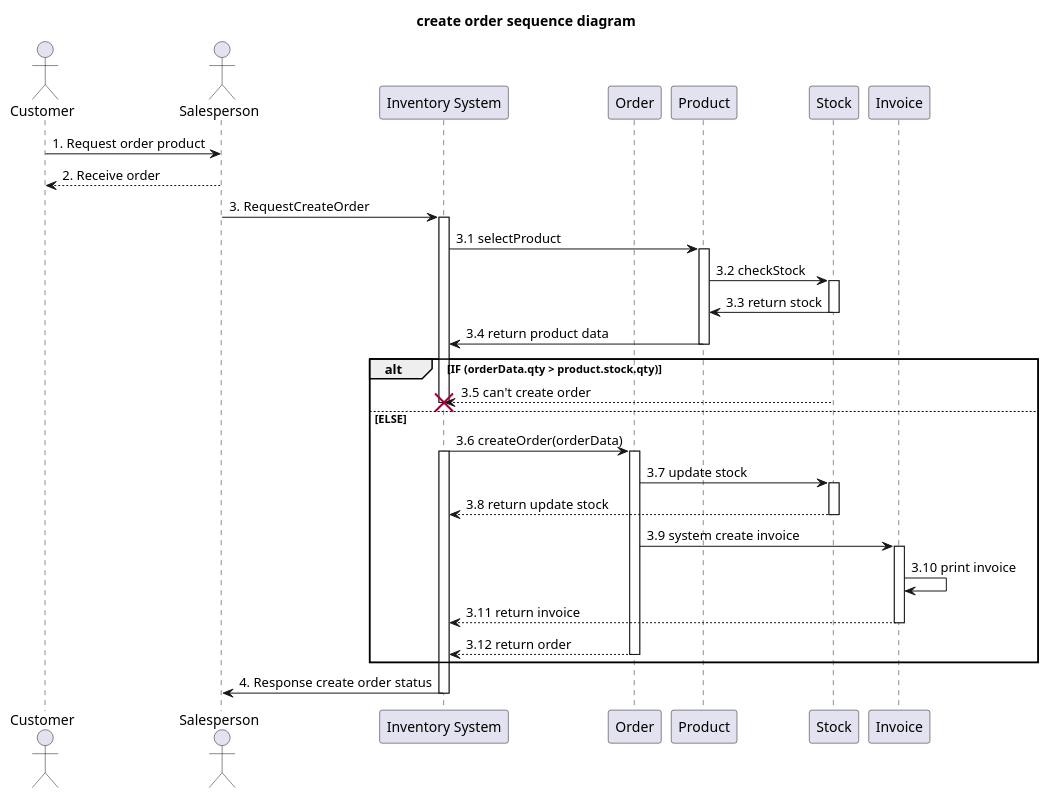
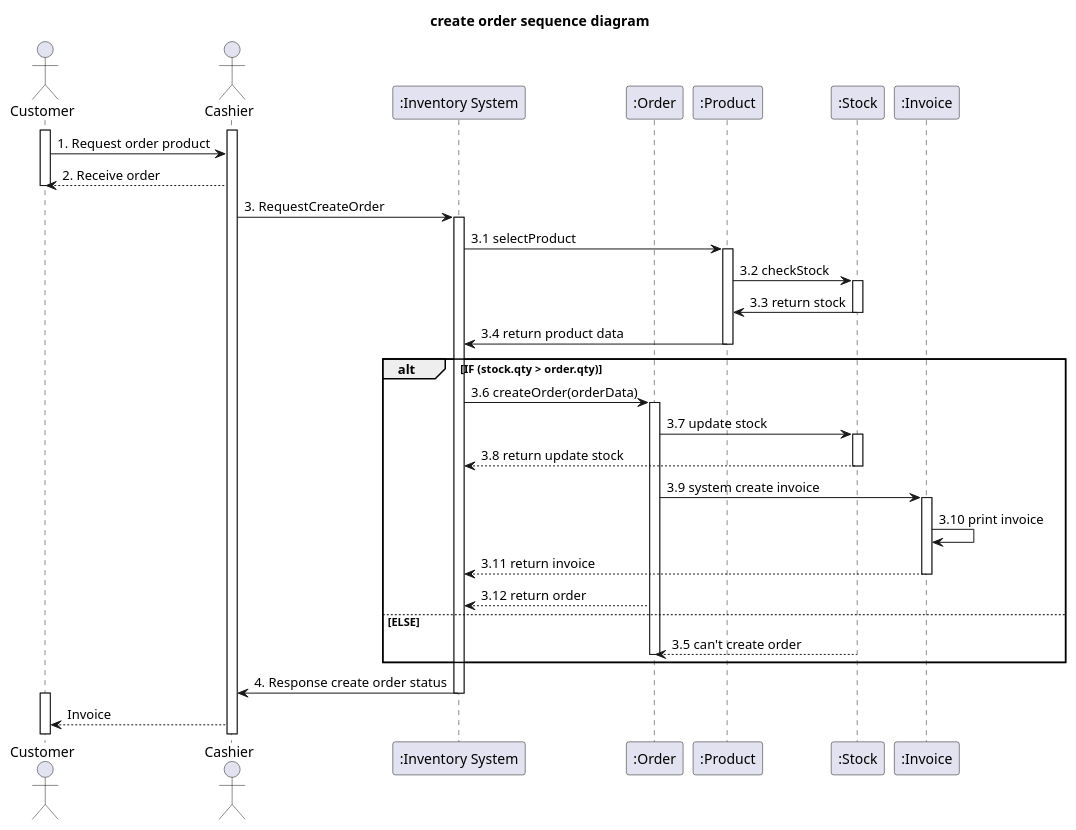
The diagram in system-analysis/sequence/_4_2_sequence-create-order.puml (billowdev/inventory-system-plantuml-sequelize-seeder-example), drawn with PlantUML before and after one commit. The commit also changed 22 other files, not shown here.

Commit message:
update sequence diagram and add overview sequence

```diff
--- a/system-analysis/sequence/_4_2_sequence-create-order.puml
+++ b/system-analysis/sequence/_4_2_sequence-create-order.puml
@@ -1,73 +1,78 @@
 @startuml
 'example
 title create order sequence diagram
 
 actor Customer as actorCustomer
 
-actor Salesperson as actorSalesperson
-participant "Inventory System" as InventorySystem
-participant "Order" as classOrder
-participant "Product" as classProduct
-participant "Stock" as classStock
-participant "Invoice" as classInvoice
 
+actor Cashier as actorCashier
+participant ":Inventory System" as InventorySystem
+participant ":Order" as classOrder
+participant ":Product" as classProduct
+participant ":Stock" as classStock
+participant ":Invoice" as classInvoice
 
-actorCustomer -> actorSalesperson : 1. Request order product
+activate actorCashier
+activate actorCustomer
 
-actorSalesperson --> actorCustomer : 2. Receive order
+actorCustomer -> actorCashier : 1. Request order product
 
-actorSalesperson -> InventorySystem: 3. RequestCreateOrder
+actorCashier --> actorCustomer : 2. Receive order
+deactivate actorCustomer
+
+actorCashier -> InventorySystem: 3. RequestCreateOrder
 activate InventorySystem
 
 InventorySystem -> classProduct: 3.1 selectProduct
 activate classProduct
 
 classProduct -> classStock: 3.2 checkStock
 activate classStock
 
 classStock -> classProduct: 3.3 return stock
 deactivate classStock
 
 classProduct -> InventorySystem: 3.4 return product data
 deactivate classProduct
 
-alt IF (orderData.qty > product.stock.qty)
-classStock --> InventorySystem : 3.5 can't create order
-'deactivate InventorySystem
- destroy InventorySystem
 
-else ELSE
+
+alt IF (stock.qty > order.qty)
 
 InventorySystem -> classOrder: 3.6 createOrder(orderData)
 activate classOrder
-activate InventorySystem
+
 
 classOrder -> classStock: 3.7 update stock
 activate classStock
 
 classStock --> InventorySystem : 3.8 return update stock
 deactivate classStock
 
 
 classOrder -> classInvoice : 3.9 system create invoice
 activate classInvoice
 classInvoice -> classInvoice : 3.10 print invoice
 classInvoice --> InventorySystem: 3.11 return invoice
 
 
 
 
 deactivate classInvoice
 classOrder --> InventorySystem: 3.12 return order
+
+else ELSE
+classStock --> classOrder : 3.5 can't create order
+'deactivate InventorySystem
 deactivate classOrder
 
 end
 
 
-InventorySystem -> actorSalesperson: 4. Response create order status
+InventorySystem -> actorCashier: 4. Response create order status
+
 deactivate InventorySystem
-
-
-
+activate actorCustomer
+actorCashier --> actorCustomer : Invoice
 
 @enduml
```
